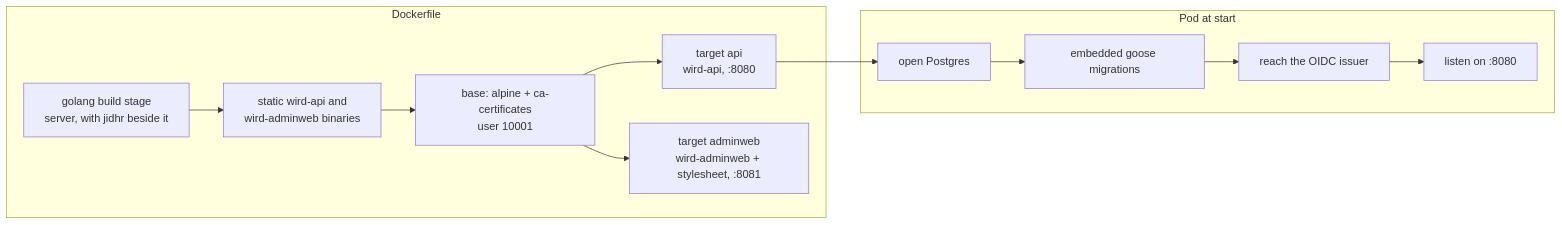
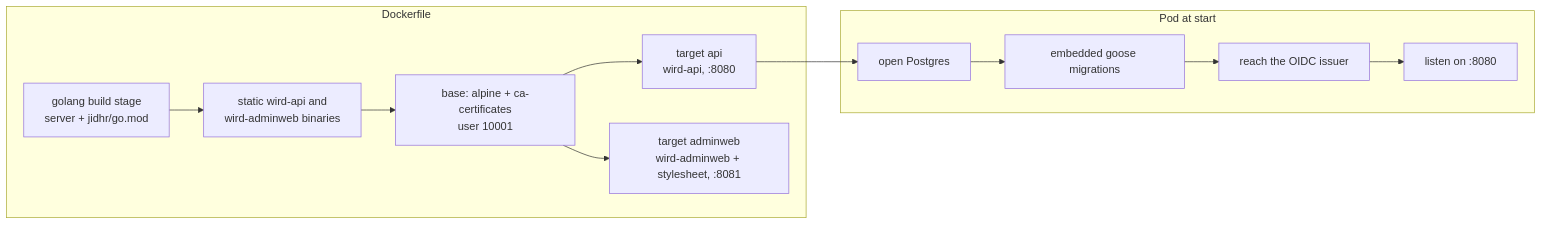
One commit to MohammadBnei/wird changed the fourth of 4 diagrams in docs/architecture/deploy.md. Above: the diagram before and after it, drawn with Mermaid. The commit also changed other lines of this file and 4 other files, not shown here.

First line of the commit message:
fix(build): copy only jidhr/go.mod and correct shifted checks.yml links

````diff
--- a/docs/architecture/deploy.md
+++ b/docs/architecture/deploy.md
@@ -81,13 +81,13 @@
 ```mermaid
 flowchart LR
   subgraph image["Dockerfile"]
-    b["golang build stage<br/>server, with jidhr beside it"] --> bin["static wird-api and<br/>wird-adminweb binaries"]
+    b["golang build stage<br/>server + jidhr/go.mod"] --> bin["static wird-api and<br/>wird-adminweb binaries"]
     bin --> base["base: alpine + ca-certificates<br/>user 10001"]
     base --> a["target api<br/>wird-api, :8080"]
     base --> aw["target adminweb<br/>wird-adminweb + stylesheet, :8081"]
   end
   subgraph pod["Pod at start"]
     s["open Postgres"] --> m["embedded goose migrations"] --> o["reach the OIDC issuer"] --> l["listen on :8080"]
   end
   a --> s
 ```
````
